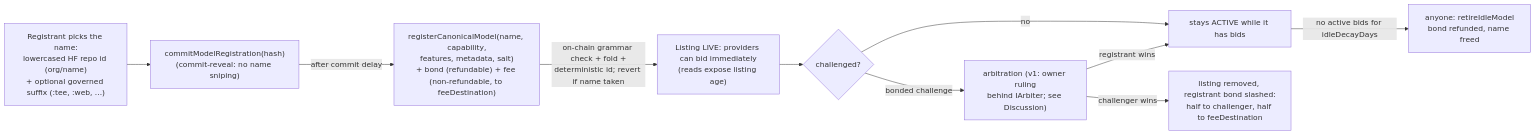
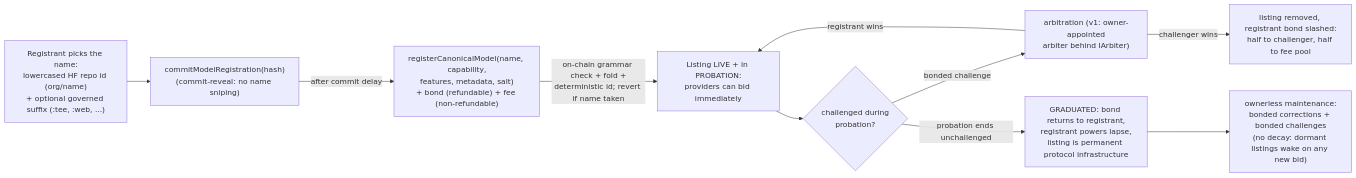
Before and after one commit to cowboycoderhq/Morpheus-Lumerin-Node: the first of 18 diagrams in smart-contracts/docs/inference-contract-enhancements-rfp.md, drawn with Mermaid. The commit also changed other lines of this file and 2 other files, not shown here.

````diff
--- a/smart-contracts/docs/inference-contract-enhancements-rfp.md
+++ b/smart-contracts/docs/inference-contract-enhancements-rfp.md
@@ -180,12 +182,12 @@
 ```mermaid
 flowchart LR
   NAME["Registrant picks the name:<br/>lowercased HF repo id (org/name)<br/>+ optional governed suffix (:tee, :web, ...)"] --> COMMIT["commitModelRegistration(hash)<br/>(commit-reveal: no name sniping)"]
-  COMMIT -->|"after commit delay"| REG["registerCanonicalModel(name, capability,<br/>features, metadata, salt)<br/>+ bond (refundable) + fee (non-refundable, to feeDestination)"]
-  REG -->|"on-chain grammar check + fold +<br/>deterministic id; revert if name taken"| LIVE["Listing LIVE: providers can bid immediately<br/>(reads expose listing age)"]
-  LIVE --> CHAL{"challenged?"}
-  CHAL -->|"no"| ACTIVE["stays ACTIVE while it has bids"]
-  CHAL -->|"bonded challenge"| ARB["arbitration (v1: owner ruling<br/>behind IArbiter; see Discussion)"]
-  ARB -->|"registrant wins"| ACTIVE
-  ARB -->|"challenger wins"| SLASH["listing removed, registrant bond slashed:<br/>half to challenger, half to feeDestination"]
-  ACTIVE -->|"no active bids for idleDecayDays"| DECAY["anyone: retireIdleModel<br/>bond refunded, name freed"]
+  COMMIT -->|"after commit delay"| REG["registerCanonicalModel(name, capability,<br/>features, metadata, salt)<br/>+ bond (refundable) + fee (non-refundable)"]
+  REG -->|"on-chain grammar check + fold +<br/>deterministic id; revert if name taken"| LIVE["Listing LIVE + in PROBATION:<br/>providers can bid immediately"]
+  LIVE --> CHAL{"challenged during<br/>probation?"}
+  CHAL -->|"bonded challenge"| ARB["arbitration (v1: owner-appointed<br/>arbiter behind IArbiter)"]
+  ARB -->|"registrant wins"| LIVE
+  ARB -->|"challenger wins"| SLASH["listing removed, registrant bond slashed:<br/>half to challenger, half to fee pool"]
+  CHAL -->|"probation ends unchallenged"| GRAD["GRADUATED: bond returns to registrant,<br/>registrant powers lapse,<br/>listing is permanent protocol infrastructure"]
+  GRAD --> MAINT["ownerless maintenance:<br/>bonded corrections + bonded challenges<br/>(no decay: dormant listings wake on any new bid)"]
 ```
````
